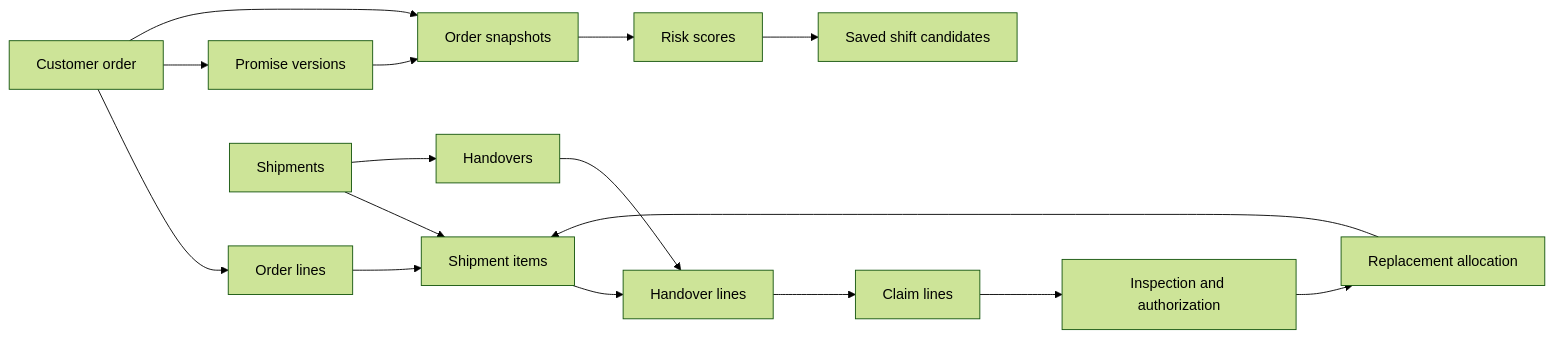
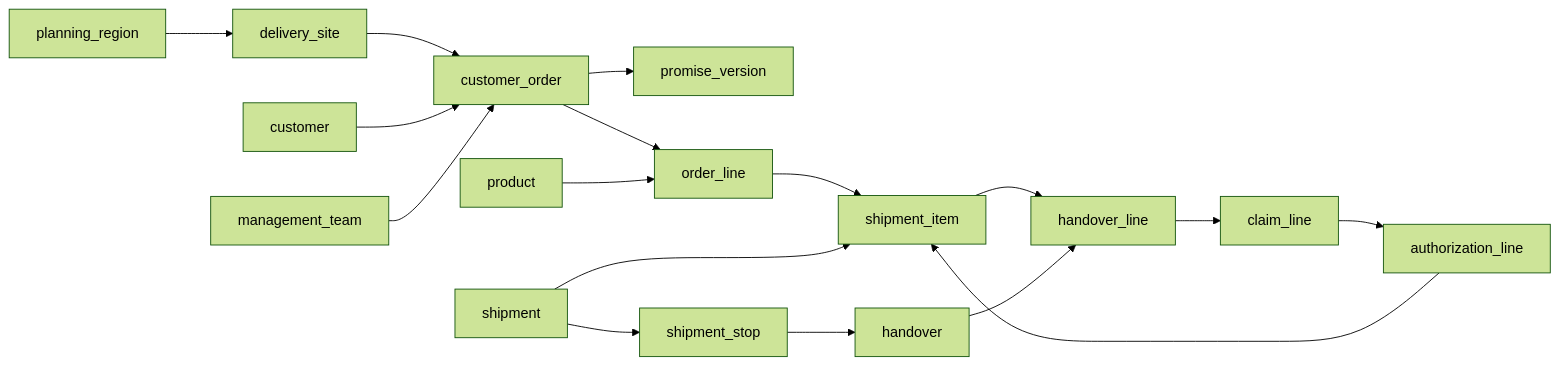
The diagram in DATABASE_KNOWLEDGE.md (tonicuti/Delivery_Agent_Support), drawn with Mermaid (forest theme) before and after one commit. The commit also changed other lines of this file and 34 other files, not shown here.

````diff
--- a/DATABASE_KNOWLEDGE.md
+++ b/DATABASE_KNOWLEDGE.md
@@ -30,18 +15,19 @@
 ```mermaid
 flowchart LR
-  O[Customer order] --> L[Order lines]
-  O --> P[Promise versions]
-  L --> SI[Shipment items]
-  S[Shipments] --> SI
-  S --> H[Handovers]
-  SI --> HL[Handover lines]
-  H --> HL
-  HL --> C[Claim lines]
-  C --> I[Inspection and authorization]
-  I --> RA[Replacement allocation]
-  RA --> SI
-  O --> OS[Order snapshots]
-  P --> OS
-  OS --> RS[Risk scores]
-  RS --> SL[Saved shift candidates]
+    PR[planning_region] --> DS[delivery_site]
+    DS --> O[customer_order]
+    C[customer] --> O
+    MT[management_team] --> O
+    O --> PV[promise_version]
+    O --> OL[order_line]
+    P[product] --> OL
+    OL --> SI[shipment_item]
+    S[shipment] --> SI
+    S --> ST[shipment_stop]
+    ST --> H[handover]
+    SI --> HL[handover_line]
+    H --> HL
+    HL --> CL[claim_line]
+    CL --> AL[authorization_line]
+    AL --> SI
 ```
````
